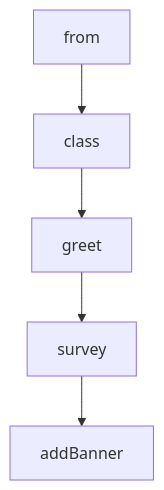
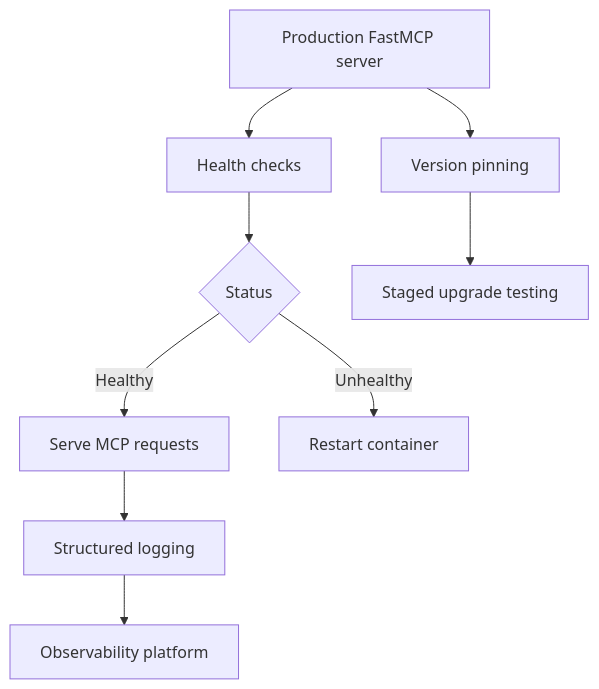
The diagram in tutorials/fastmcp-tutorial/08-production-operations-and-governance.md (johnxie/awesome-code-docs), drawn with Mermaid before and after one commit. The commit also changed other lines of this file and 1232 other files, not shown here.

````diff
--- a/tutorials/fastmcp-tutorial/08-production-operations-and-governance.md
+++ b/tutorials/fastmcp-tutorial/08-production-operations-and-governance.md
@@ -211,12 +42,11 @@
 ```mermaid
 flowchart TD
-    A[from]
-    B[class]
-    C[greet]
-    D[survey]
-    E[addBanner]
-    A --> B
-    B --> C
-    C --> D
-    D --> E
+    A[Production FastMCP server] --> B[Health checks]
+    B --> C{Status}
+    C -->|Healthy| D[Serve MCP requests]
+    C -->|Unhealthy| E[Restart container]
+    D --> F[Structured logging]
+    F --> G[Observability platform]
+    A --> H[Version pinning]
+    H --> I[Staged upgrade testing]
 ```
````
